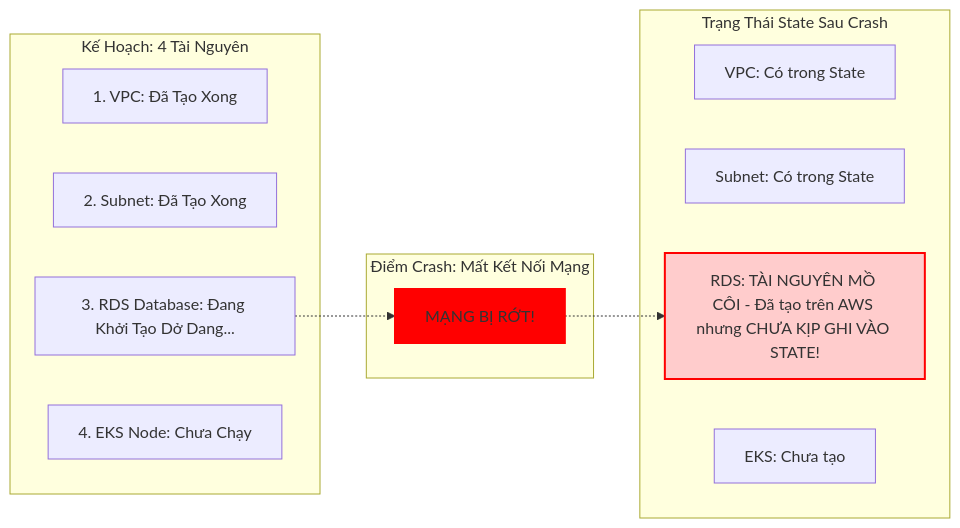
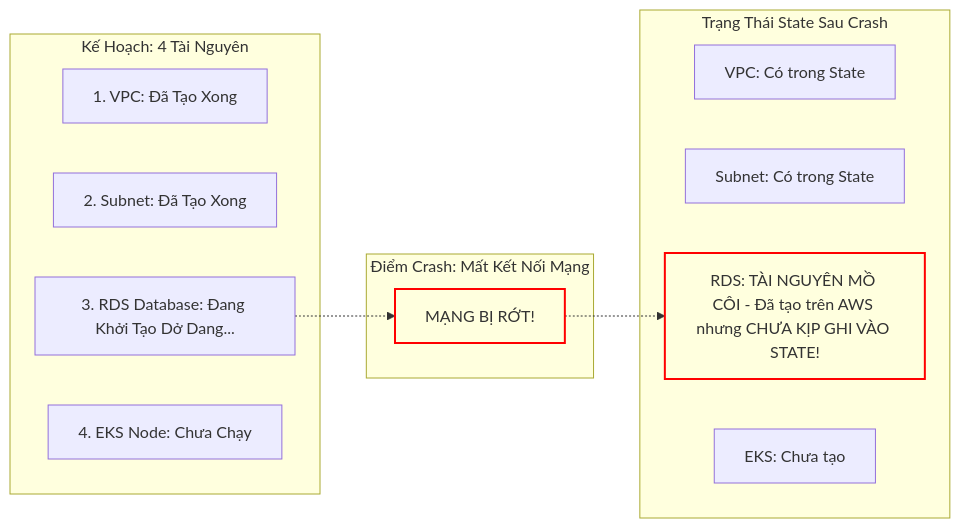
Before and after one commit to kiennt308/ntk: the third of 6 diagrams in _posts/2026-09-13-terraform-26-26-go-roi-state-lock-apply-nua-chung-va-cuu-ho-state-corruption.md, drawn with Mermaid. The commit also changed other lines of this file and 207 other files, not shown here.

Commit message:
feat(posts): batch standardize all 208 posts with TL;DR, qa-card accordion, fill:none mermaid, and liquid raw wrappers

````diff
--- a/_posts/2026-09-13-terraform-26-26-go-roi-state-lock-apply-nua-chung-va-cuu-ho-state-corruption.md
+++ b/_posts/2026-09-13-terraform-26-26-go-roi-state-lock-apply-nua-chung-va-cuu-ho-state-corruption.md
@@ -120,28 +124,28 @@
 ```mermaid
 flowchart LR
     subgraph Plan_List ["Kế Hoạch: 4 Tài Nguyên"]
         R1["1. VPC: Đã Tạo Xong"]
         R2["2. Subnet: Đã Tạo Xong"]
         R3["3. RDS Database: Đang Khởi Tạo Dở Dang..."]
         R4["4. EKS Node: Chưa Chạy"]
     end
 
     subgraph Crash_Point ["Điểm Crash: Mất Kết Nối Mạng"]
         CRASH["MẠNG BỊ RỚT!"]
     end
 
     subgraph State_Status ["Trạng Thái State Sau Crash"]
         S1["VPC: Có trong State"]
         S2["Subnet: Có trong State"]
         S3["RDS: TÀI NGUYÊN MỒ CÔI - Đã tạo trên AWS nhưng CHƯA KỊP GHI VÀO STATE!"]
         S4["EKS: Chưa tạo"]
     end
 
     R3 -.-> CRASH
     CRASH -.-> S3
 
-    style CRASH fill:#ff0000,stroke:#ff0000,stroke-width:2px
-    style S3 fill:#ffcccc,stroke:#ff0000,stroke-width:2px
+    style CRASH fill:none,stroke:#ff0000,stroke-width:2px
+    style S3 fill:none,stroke:#ff0000,stroke-width:2px
 
 
 ```
````
